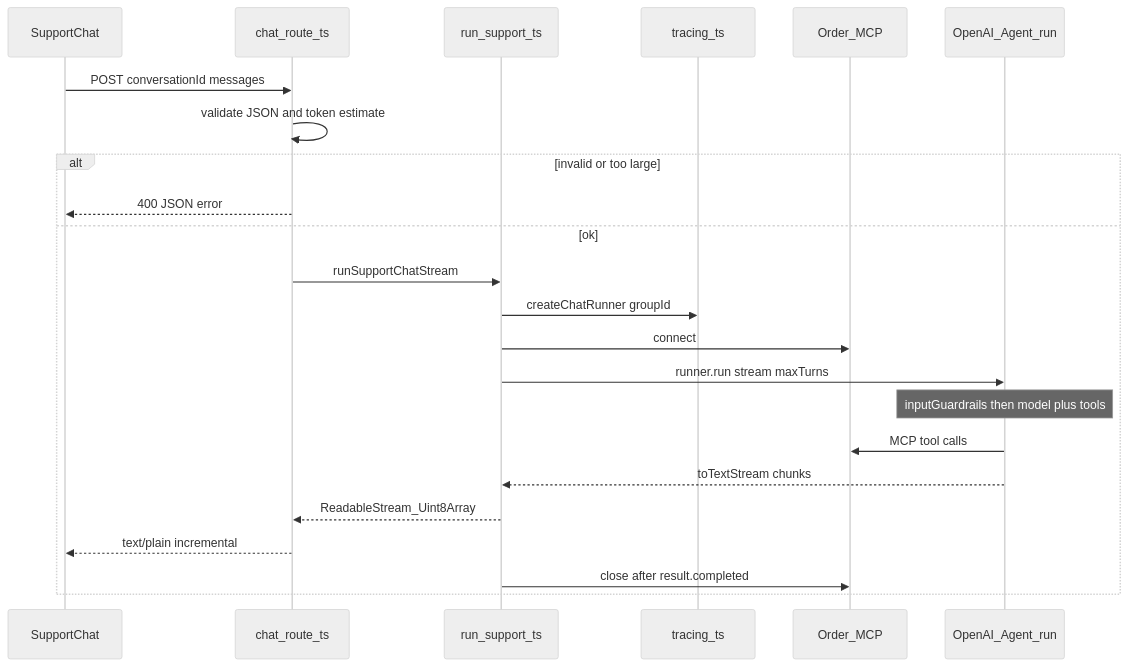
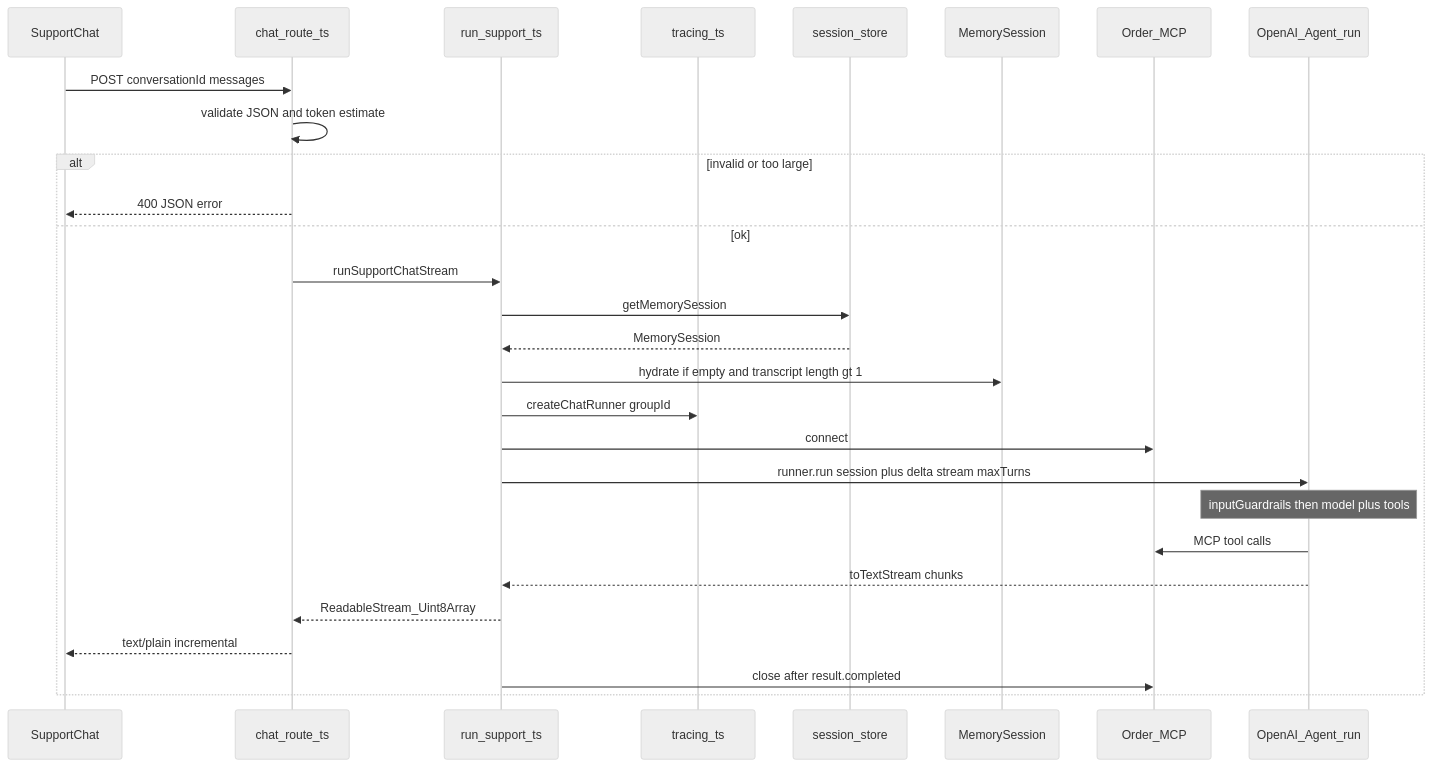
Before and after one commit to ibrahim013/meridiane-chatbot: the second of 2 diagrams in README.md, drawn with Mermaid (neutral theme). The commit also changed other lines of this file and 2 other files, not shown here.

Commit message:
Add session memory

````diff
--- a/README.md
+++ b/README.md
@@ -79,26 +82,31 @@
 ```mermaid
 sequenceDiagram
   participant UI as SupportChat
   participant Route as chat_route_ts
   participant Run as run_support_ts
   participant Trace as tracing_ts
+  participant SS as session_store
+  participant Mem as MemorySession
   participant MCP as Order_MCP
   participant Agent as OpenAI_Agent_run
 
   UI->>Route: POST conversationId messages
   Route->>Route: validate JSON and token estimate
   alt invalid or too large
     Route-->>UI: 400 JSON error
   else ok
     Route->>Run: runSupportChatStream
+    Run->>SS: getMemorySession
+    SS-->>Run: MemorySession
+    Run->>Mem: hydrate if empty and transcript length gt 1
     Run->>Trace: createChatRunner groupId
     Run->>MCP: connect
-    Run->>Agent: runner.run stream maxTurns
+    Run->>Agent: runner.run session plus delta stream maxTurns
     Note over Agent: inputGuardrails then model plus tools
     Agent->>MCP: MCP tool calls
     Agent-->>Run: toTextStream chunks
     Run-->>Route: ReadableStream_Uint8Array
     Route-->>UI: text/plain incremental
     Run->>MCP: close after result.completed
   end
 ```
````
